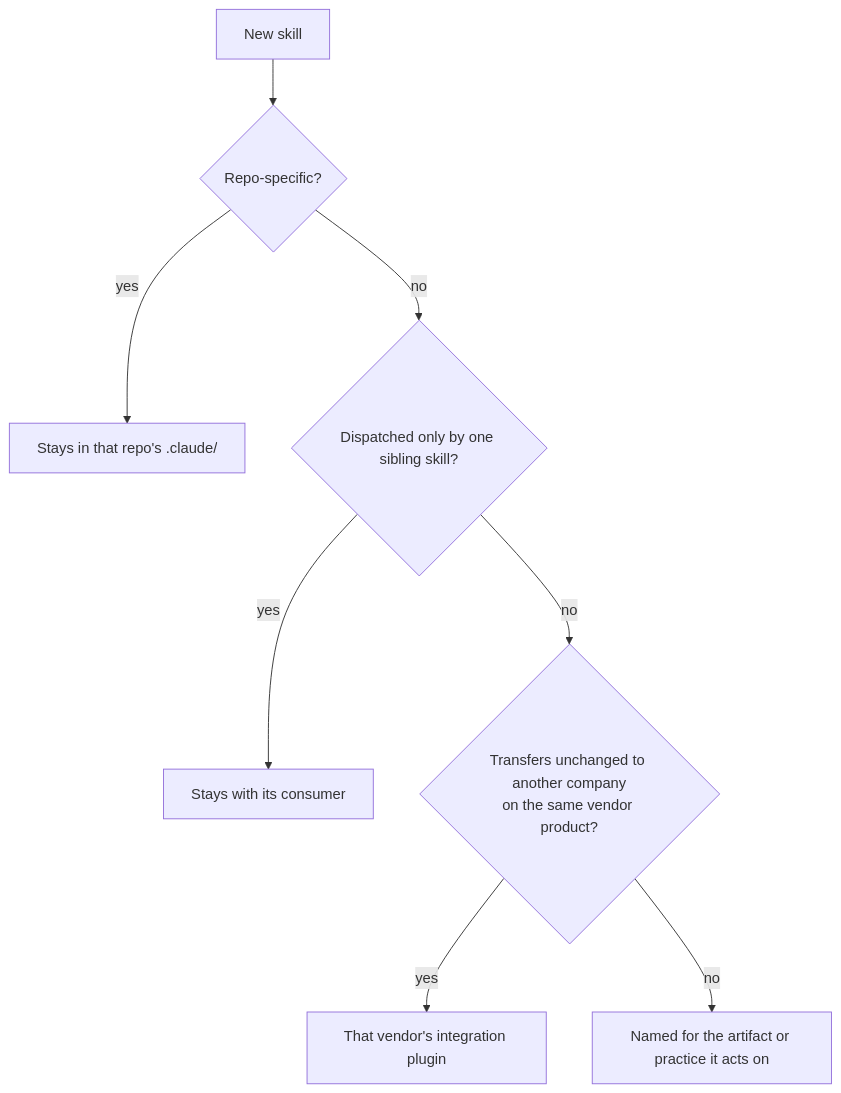
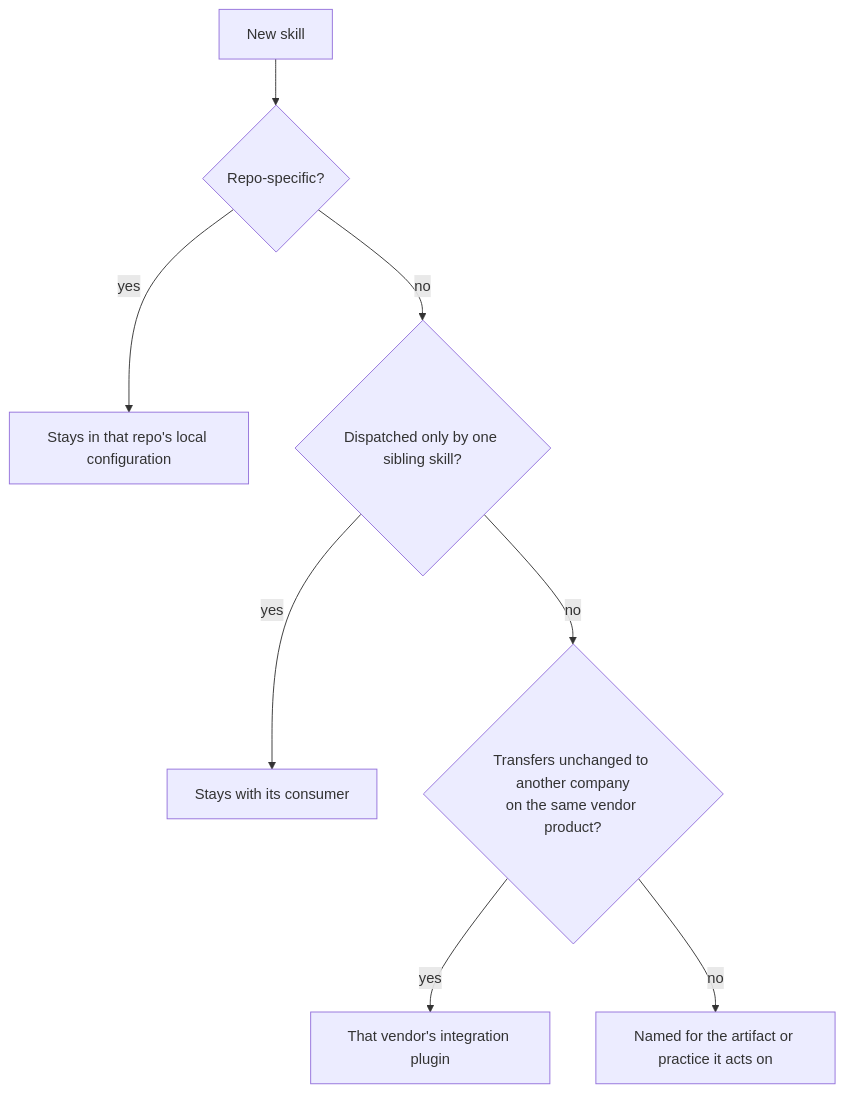
One commit to bitwarden/contributing-docs changed the second of 5 diagrams in docs/architecture/adr/0035-adopt-ai-plugin-taxonomy.md. Above: the diagram before and after it, drawn with Mermaid. The commit also changed other lines of this file, not shown here.

````diff
--- a/docs/architecture/adr/0035-adopt-ai-plugin-taxonomy.md
+++ b/docs/architecture/adr/0035-adopt-ai-plugin-taxonomy.md
@@ -88,10 +84,10 @@
 ```mermaid
 flowchart TD
     A["New skill"] --> B{"Repo-specific?"}
-    B -->|yes| B1["Stays in that repo's .claude/"]
+    B -->|yes| B1["Stays in that repo's local configuration"]
     B -->|no| C{"Dispatched only by one sibling skill?"}
     C -->|yes| C1["Stays with its consumer"]
     C -->|no| D{"Transfers unchanged to another company<br/>on the same vendor product?"}
     D -->|yes| D1["That vendor's integration plugin"]
     D -->|no| E["Named for the artifact or practice it acts on"]
 ```
````
